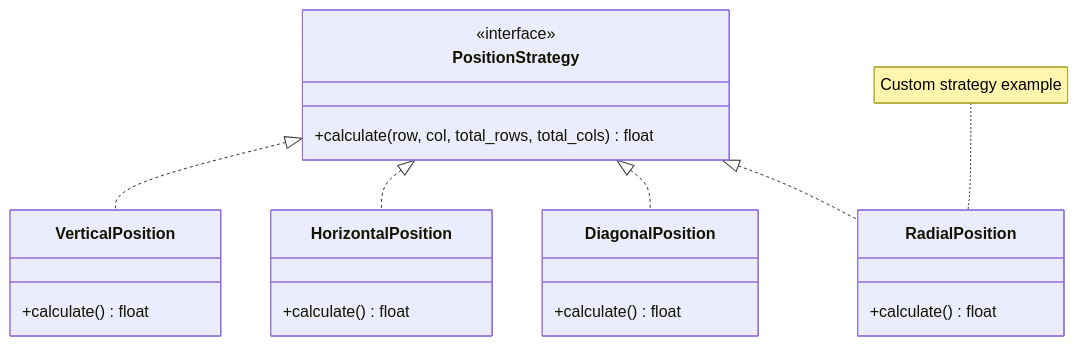
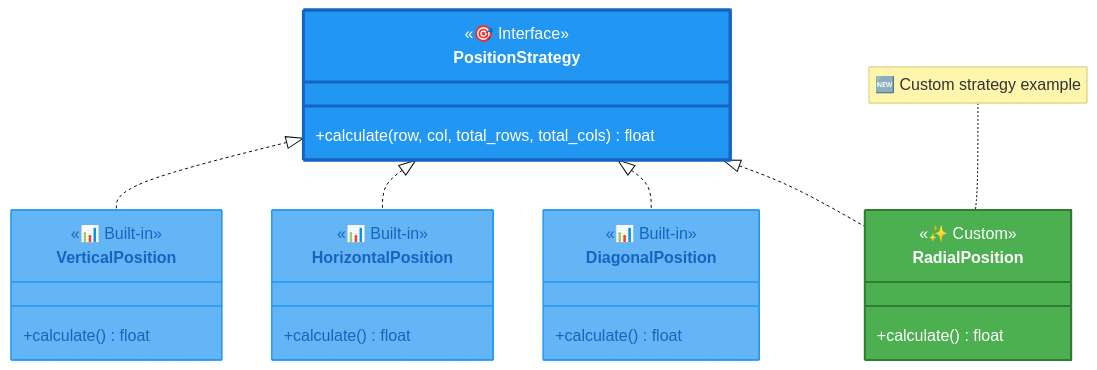
The tenth of 11 diagrams in docs/DEVELOPER_GUIDE.md (ksokolowski/StyledConsole), drawn with Mermaid before and after one commit. The commit also changed other lines of this file, not shown here.

Commit message:
docs: enhance Mermaid diagrams with colors, emojis, and Material Design styling

````diff
--- a/docs/DEVELOPER_GUIDE.md
+++ b/docs/DEVELOPER_GUIDE.md
@@ -539,30 +645,43 @@
 ```mermaid
+%%{init: {'theme': 'base', 'themeVariables': { 'primaryColor': '#E3F2FD'}}}%%
 classDiagram
+    direction TB
+
     class PositionStrategy {
-        <<interface>>
+        <<🎯 Interface>>
         +calculate(row, col, total_rows, total_cols) float
     }
 
     class VerticalPosition {
+        <<📊 Built-in>>
         +calculate() float
     }
 
     class HorizontalPosition {
+        <<📊 Built-in>>
         +calculate() float
     }
 
     class DiagonalPosition {
+        <<📊 Built-in>>
         +calculate() float
     }
 
     class RadialPosition {
+        <<✨ Custom>>
         +calculate() float
     }
 
     PositionStrategy <|.. VerticalPosition
     PositionStrategy <|.. HorizontalPosition
     PositionStrategy <|.. DiagonalPosition
     PositionStrategy <|.. RadialPosition
 
-    note for RadialPosition "Custom strategy example"
+    note for RadialPosition "🆕 Custom strategy example"
+
+    style PositionStrategy fill:#2196F3,color:#fff,stroke:#1565C0,stroke-width:3px
+    style VerticalPosition fill:#64B5F6,color:#1565C0,stroke:#2196F3
+    style HorizontalPosition fill:#64B5F6,color:#1565C0,stroke:#2196F3
+    style DiagonalPosition fill:#64B5F6,color:#1565C0,stroke:#2196F3
+    style RadialPosition fill:#4CAF50,color:#fff,stroke:#2E7D32,stroke-width:2px
 ```
````
